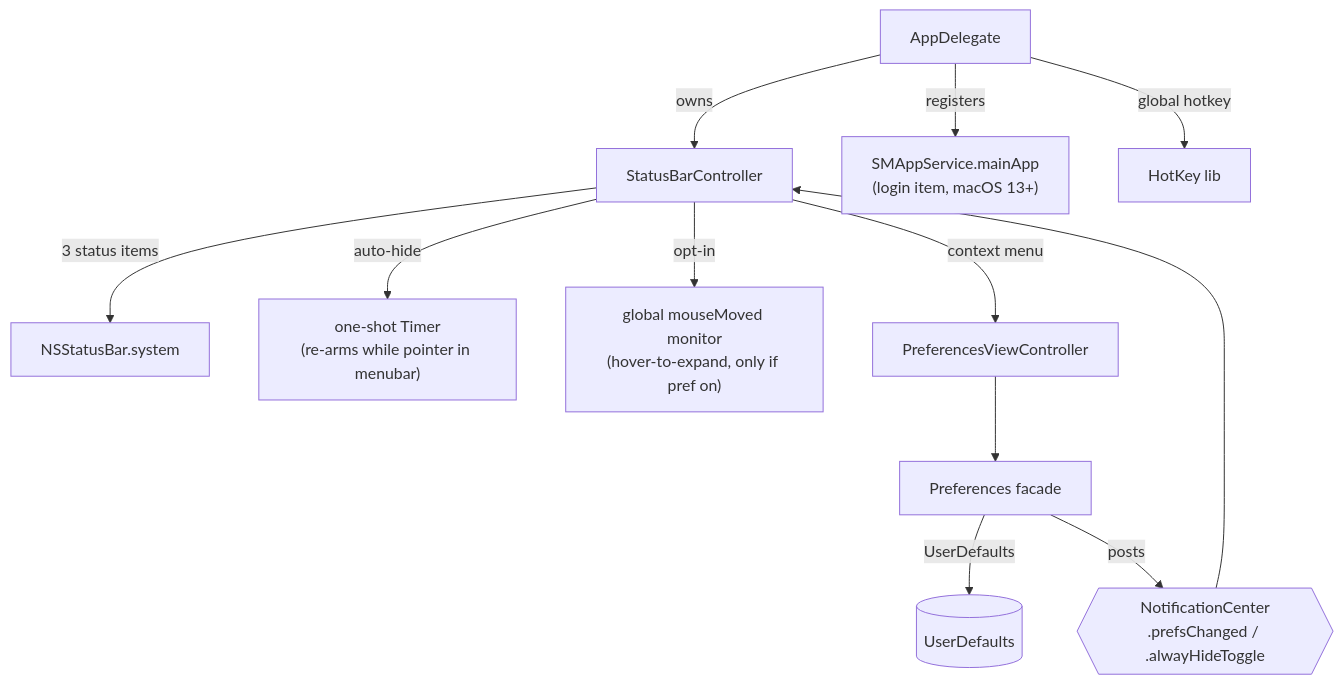
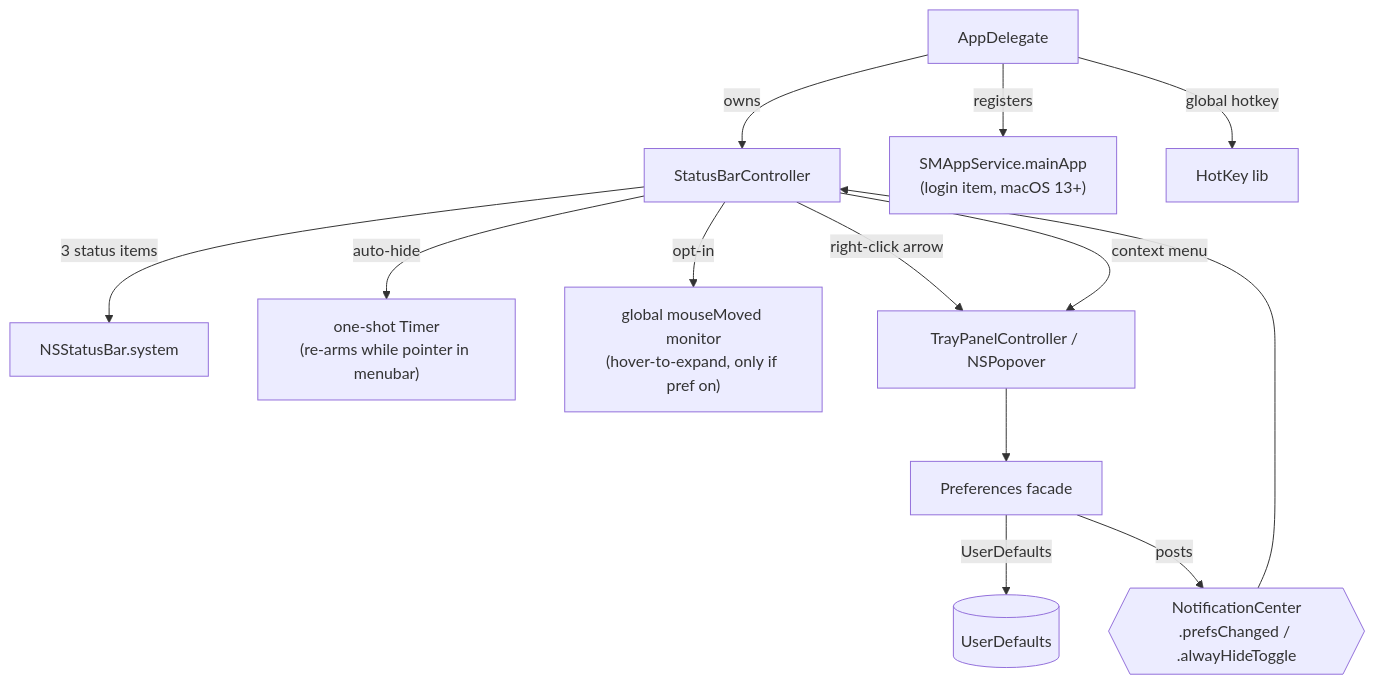
The second of 2 diagrams in docs/ARCHITECTURE.md (xvoland/hideout), drawn with Mermaid before and after one commit. The commit also changed other lines of this file and 37 other files, not shown here.

````diff
--- a/docs/ARCHITECTURE.md
+++ b/docs/ARCHITECTURE.md
@@ -42,14 +42,15 @@
 ```mermaid
 flowchart TD
     AD[AppDelegate] -->|owns| SBC[StatusBarController]
     AD -->|registers| SM["SMAppService.mainApp\n(login item, macOS 13+)"]
     AD -->|global hotkey| HK[HotKey lib]
     SBC -->|3 status items| NSB[NSStatusBar.system]
     SBC -->|auto-hide| T["one-shot Timer\n(re-arms while pointer in menubar)"]
     SBC -->|opt-in| HM["global mouseMoved monitor\n(hover-to-expand, only if pref on)"]
     PREFS[Preferences facade] -->|UserDefaults| UD[(UserDefaults)]
     PREFS -->|posts| NC{{NotificationCenter\n.prefsChanged / .alwayHideToggle}}
     NC --> SBC
-    PVC[PreferencesViewController] --> PREFS
-    SBC -->|context menu| PVC
+    TPC[TrayPanelController / NSPopover] --> PREFS
+    SBC -->|right-click arrow| TPC
+    SBC -->|context menu| TPC
 ```
````
